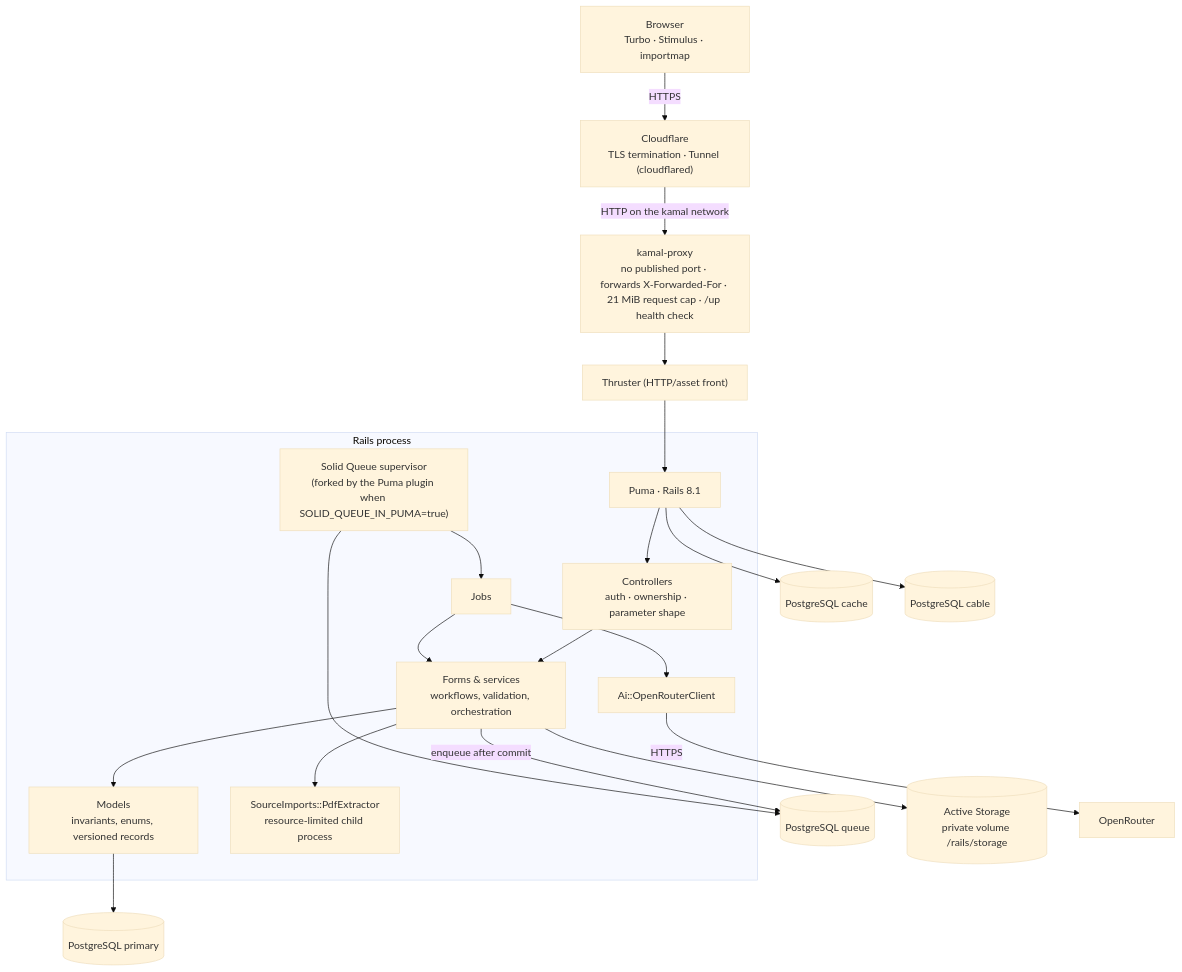
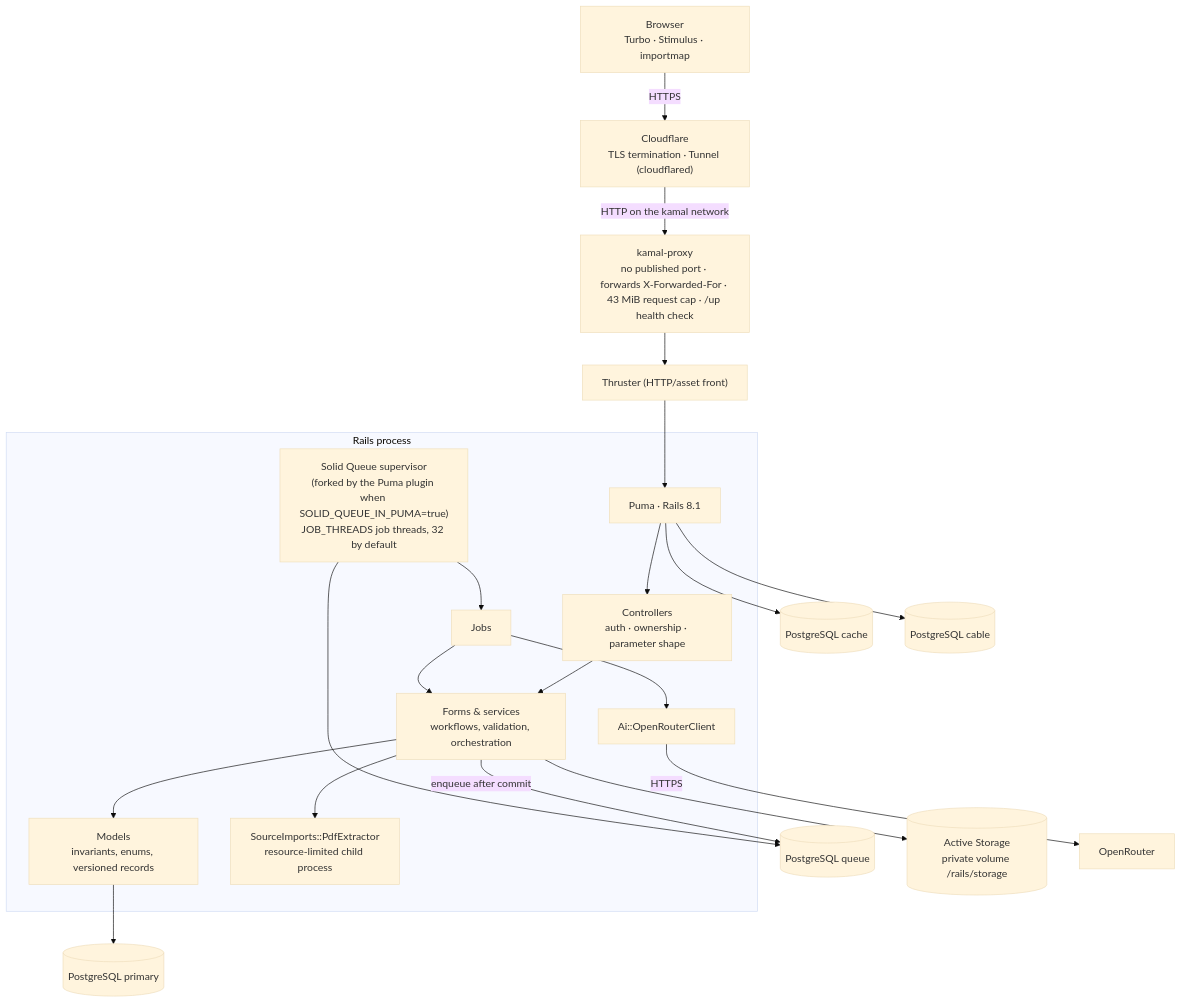
Before and after one commit to XKeviNguyen/three_heavens: the diagram in docs/architecture/overview.md, drawn with Mermaid (base theme). The commit also changed 151 other files, not shown here.

````diff
--- a/docs/architecture/overview.md
+++ b/docs/architecture/overview.md
@@ -7,25 +7,25 @@
 ```mermaid
 flowchart TB
   B["Browser<br/>Turbo · Stimulus · importmap"] -->|HTTPS| CF["Cloudflare<br/>TLS termination · Tunnel (cloudflared)"]
-  CF -->|"HTTP on the kamal network"| KP["kamal-proxy<br/>no published port · forwards X-Forwarded-For · 21 MiB request cap · /up health check"]
+  CF -->|"HTTP on the kamal network"| KP["kamal-proxy<br/>no published port · forwards X-Forwarded-For · 43 MiB request cap · /up health check"]
   KP --> TH["Thruster (HTTP/asset front)"]
   TH --> PU["Puma · Rails 8.1"]
 
   subgraph Rails["Rails process"]
     PU --> C["Controllers<br/>auth · ownership · parameter shape"]
     C --> F["Forms & services<br/>workflows, validation, orchestration"]
     F --> M["Models<br/>invariants, enums, versioned records"]
-    SQ["Solid Queue supervisor<br/>(forked by the Puma plugin when SOLID_QUEUE_IN_PUMA=true)"] --> J["Jobs"]
+    SQ["Solid Queue supervisor<br/>(forked by the Puma plugin when SOLID_QUEUE_IN_PUMA=true)<br/>JOB_THREADS job threads, 32 by default"] --> J["Jobs"]
     J --> F
     J --> AI["Ai::OpenRouterClient"]
     F --> PDF["SourceImports::PdfExtractor<br/>resource-limited child process"]
   end
 
   M --> PG[("PostgreSQL primary")]
   F -->|"enqueue after commit"| Q[("PostgreSQL queue")]
   SQ --> Q
   PU --> CA[("PostgreSQL cache")]
   PU --> CB[("PostgreSQL cable")]
   F --> AS[("Active Storage<br/>private volume /rails/storage")]
   AI -->|HTTPS| OR["OpenRouter"]
 ```
````
